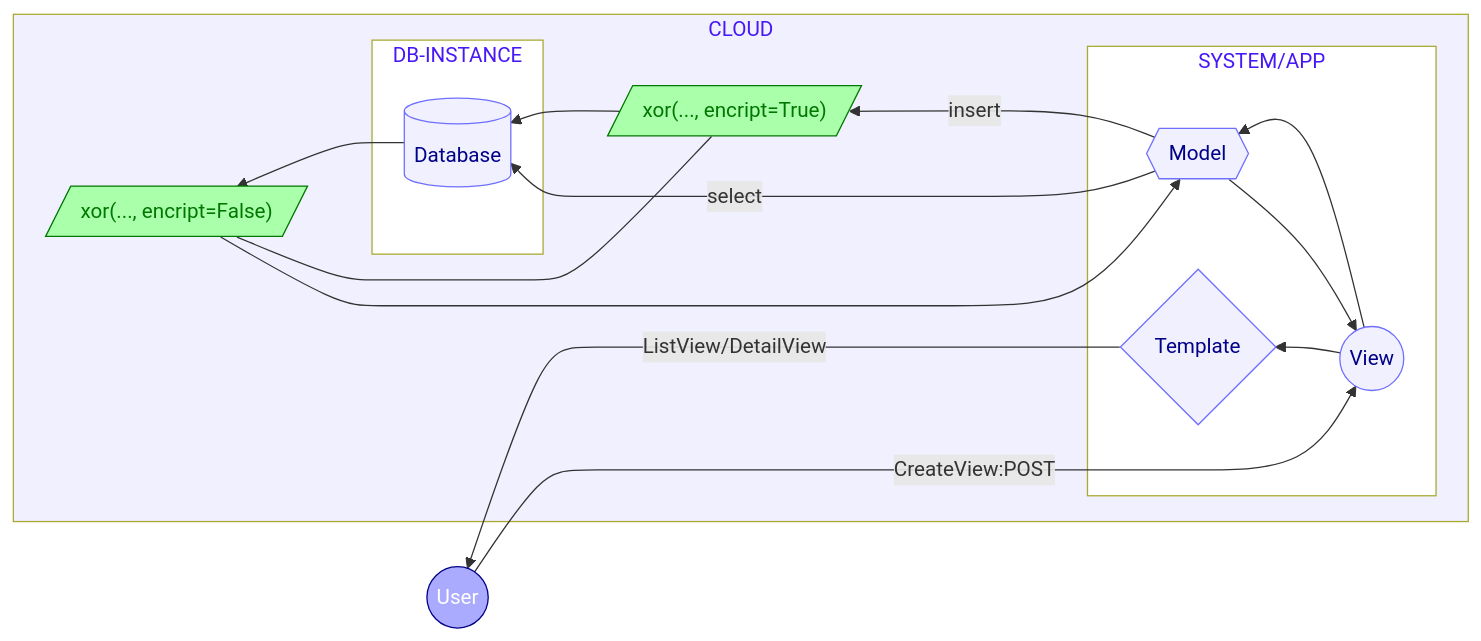
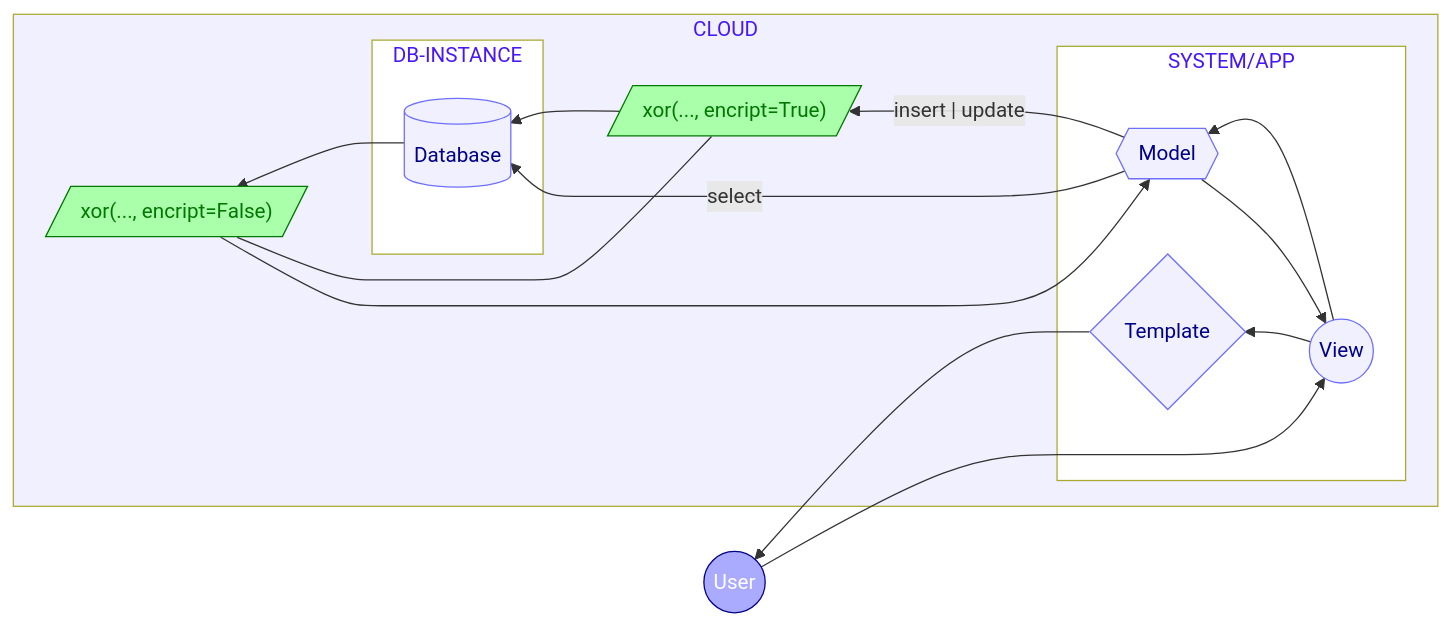
One commit to LucasGoncSilva/swarden changed the diagram in README.md. Above: the diagram before and after it, drawn with Mermaid. The commit also changed other lines of this file, not shown here.

Commit message:
modifies README.MD Contrib, project's architecture and description

````diff
--- a/README.md
+++ b/README.md
@@ -46,41 +46,40 @@
 ```mermaid
 flowchart RL
 
 subgraph CLOUD
     subgraph SYSTEM/APP
         View((View)):::Arch
         Template{Template}:::Arch
         Model{{Model}}:::Arch
     end
 
     Cover[/"xor(..., encript=True)"/]
     Uncover[/"xor(..., encript=False)"/]
 
     subgraph DB-INSTANCE
         Database[(Database)]:::Arch
     end
 end
 
 User((User))
 
-User -- CreateView:POST ----> View
-View --> Model -- insert --> Cover --> Database
+User --> View
+View --> Model -- insert | update --> Cover --> Database
 Model -- select --> Database
 Database --> Uncover --> Model
-Model --> View --> Template
-Template -- ListView/DetailView --> User
+Model --> View --> Template --> User
 
 Cover --- Uncover
 
 click Cover "https://github.com/LucasGoncSilva/swarden/blob/main/secret/encript_db.py"
 click Uncover "https://github.com/LucasGoncSilva/swarden/blob/main/secret/encript_db.py"
 
 style CLOUD fill:#f0f0ff,color:#4717f6;
 style SYSTEM/APP fill:#fff,color:#4717f6;
 style DB-INSTANCE fill:#fff,color:#4717f6;
 style User fill:#aaf,color:#fff,stroke:#008;
 style Cover fill:#afa,color:#070,stroke:#070;
 style Uncover fill:#afa,color:#070,stroke:#070;
 
 classDef Arch fill:#f0f0ff,color:#008,stroke:#6f6fff;
 ```
````
